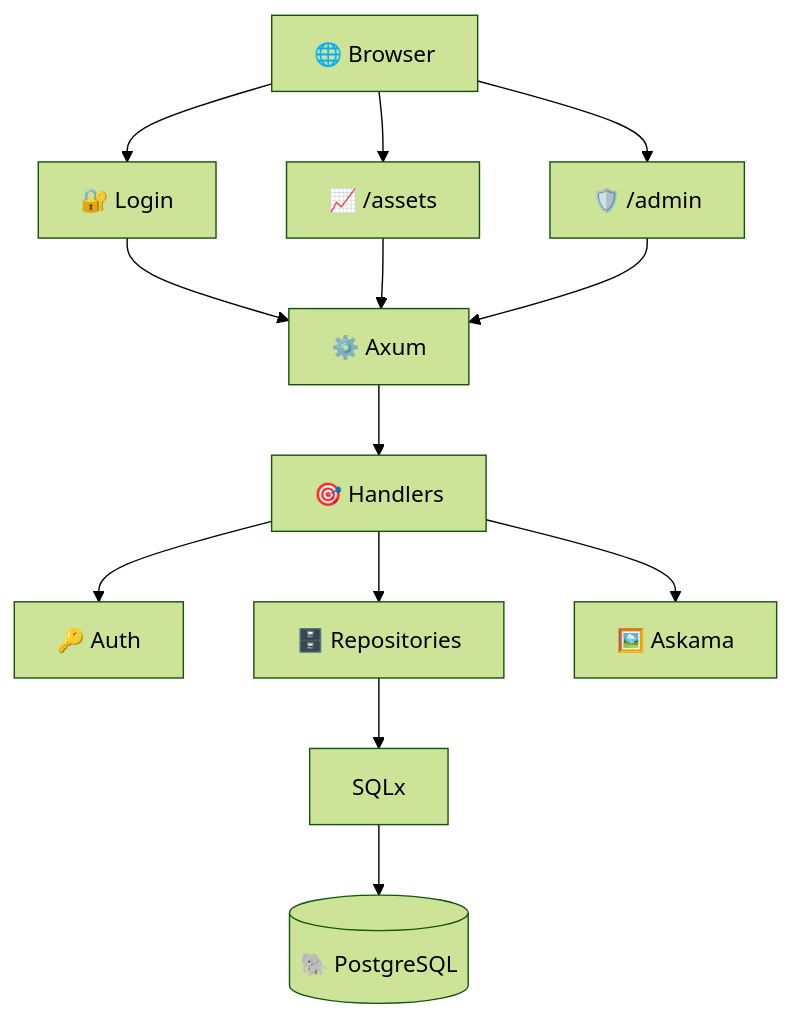
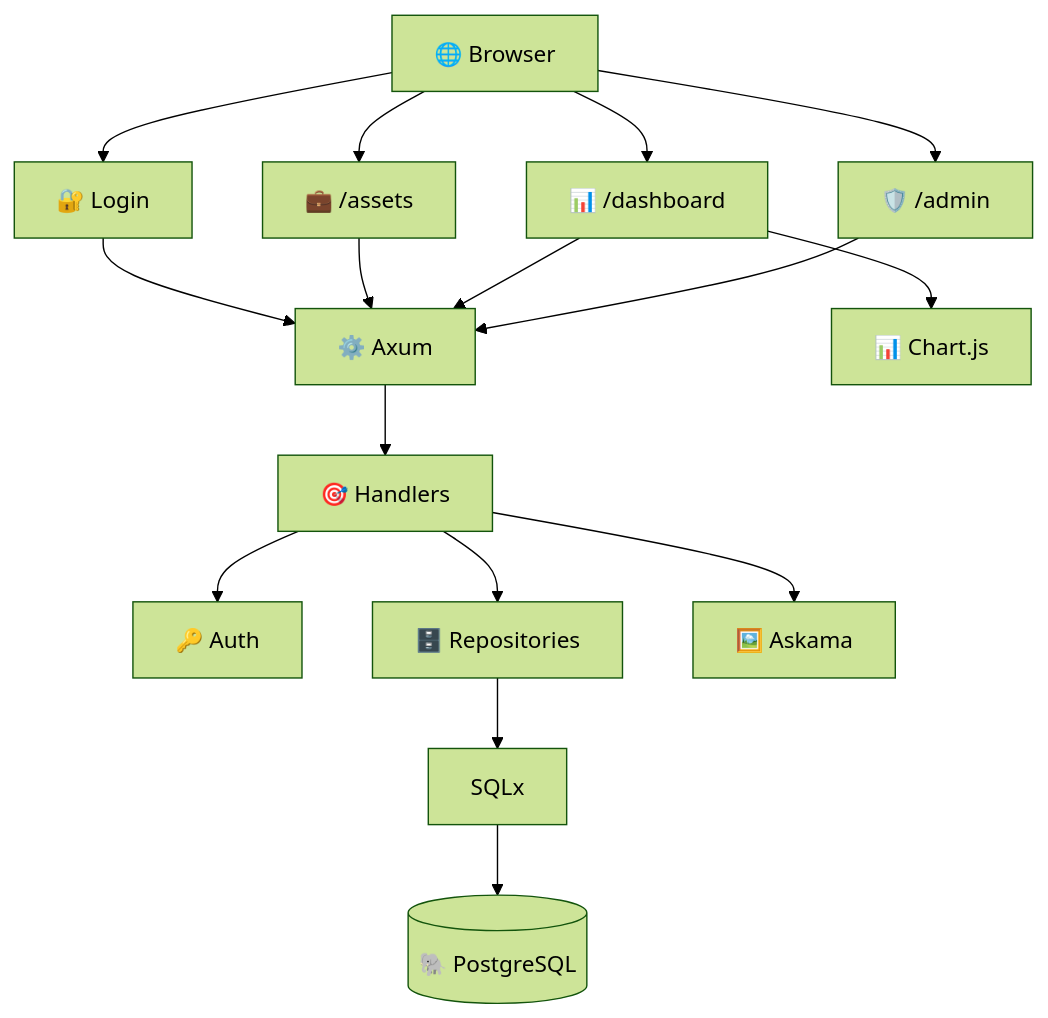
Before and after one commit to josearodrigues/rust-fullstack-carteira-investimentos: the diagram in README.md, drawn with Mermaid (forest theme). The commit also changed other lines of this file, not shown here.

````diff
--- a/README.md
+++ b/README.md
@@ -191,18 +197,21 @@
 ```mermaid
 flowchart TD
     Browser[🌐 Browser] --> Login[🔐 Login]
-    Browser --> Assets[📈 /assets]
+    Browser --> Wallet[💼 /assets]
+    Browser --> Dashboard[📊 /dashboard]
     Browser --> Admin[🛡️ /admin]
 
     Login --> Axum[⚙️ Axum]
-    Assets --> Axum
+    Wallet --> Axum
+    Dashboard --> Axum
     Admin --> Axum
 
     Axum --> Handlers[🎯 Handlers]
     Handlers --> Auth[🔑 Auth]
     Handlers --> Repositories[🗄️ Repositories]
     Handlers --> Templates[🖼️ Askama]
 
     Repositories --> SQLx[SQLx]
     SQLx --> PostgreSQL[(🐘 PostgreSQL)]
+    Dashboard --> Charts[📊 Chart.js]
 ```
````
